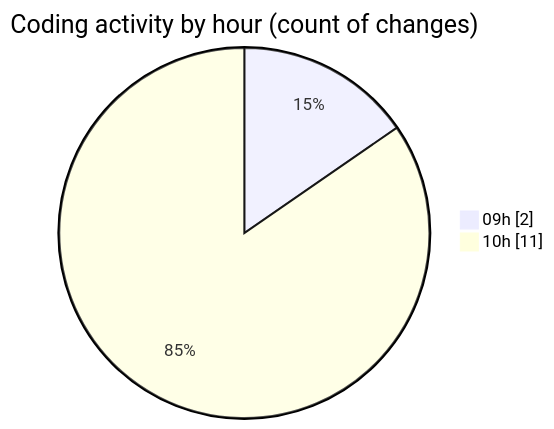
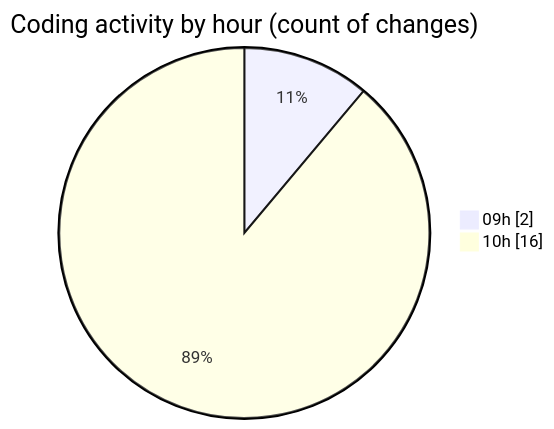
The second of 2 diagrams in 2025-04-08/cda/README.md (momahboobian/code-tracking), drawn with Mermaid before and after one commit. The commit also changed other lines of this file and 1 other file, not shown here.

````diff
--- a/2025-04-08/cda/README.md
+++ b/2025-04-08/cda/README.md
@@ -30,6 +30,6 @@
 ```mermaid
 pie showData
 title Coding activity by hour (count of changes)
 "09h" : 2
-"10h" : 11
+"10h" : 16
 ```
````
